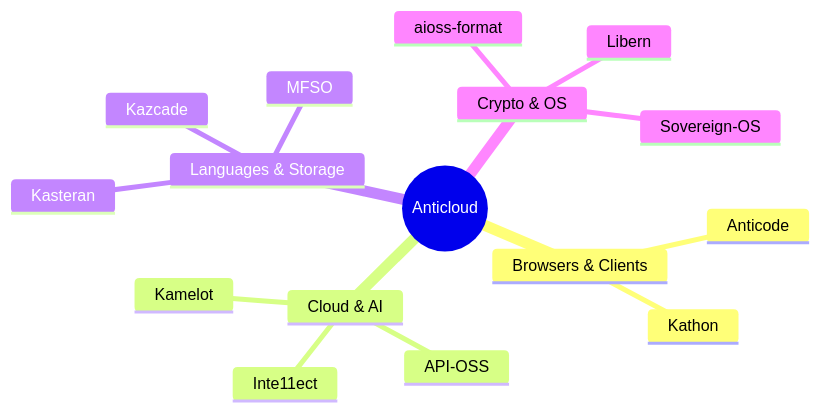
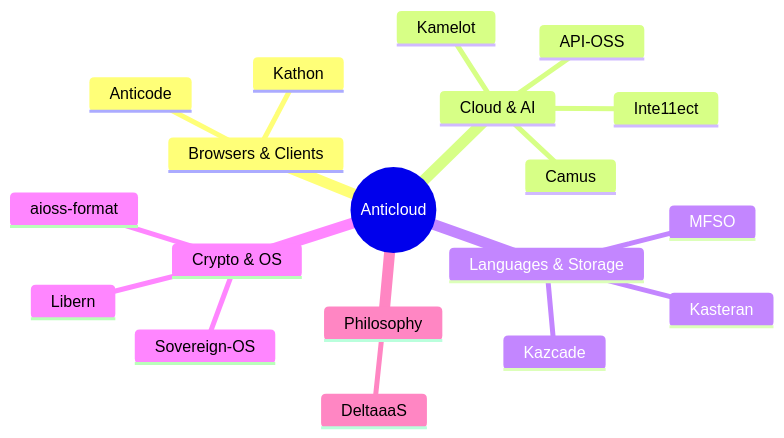
The first of 2 diagrams in wiki-content/Home.md (kleinnner/Anticloud), drawn with Mermaid before and after one commit. The commit also changed other lines of this file and 10 other files, not shown here.

````diff
--- a/wiki-content/Home.md
+++ b/wiki-content/Home.md
@@ -25,19 +25,22 @@
 ```mermaid
 mindmap
   root((Anticloud))
     Browsers & Clients
       Kathon
       Anticode
     Cloud & AI
       Kamelot
       API-OSS
       Inte11ect
+      Camus
     Languages & Storage
       Kasteran
       Kazcade
       MFSO
     Crypto & OS
       aioss-format
       Libern
       Sovereign-OS
+    Philosophy
+      DeltaaaS
 ```
````
